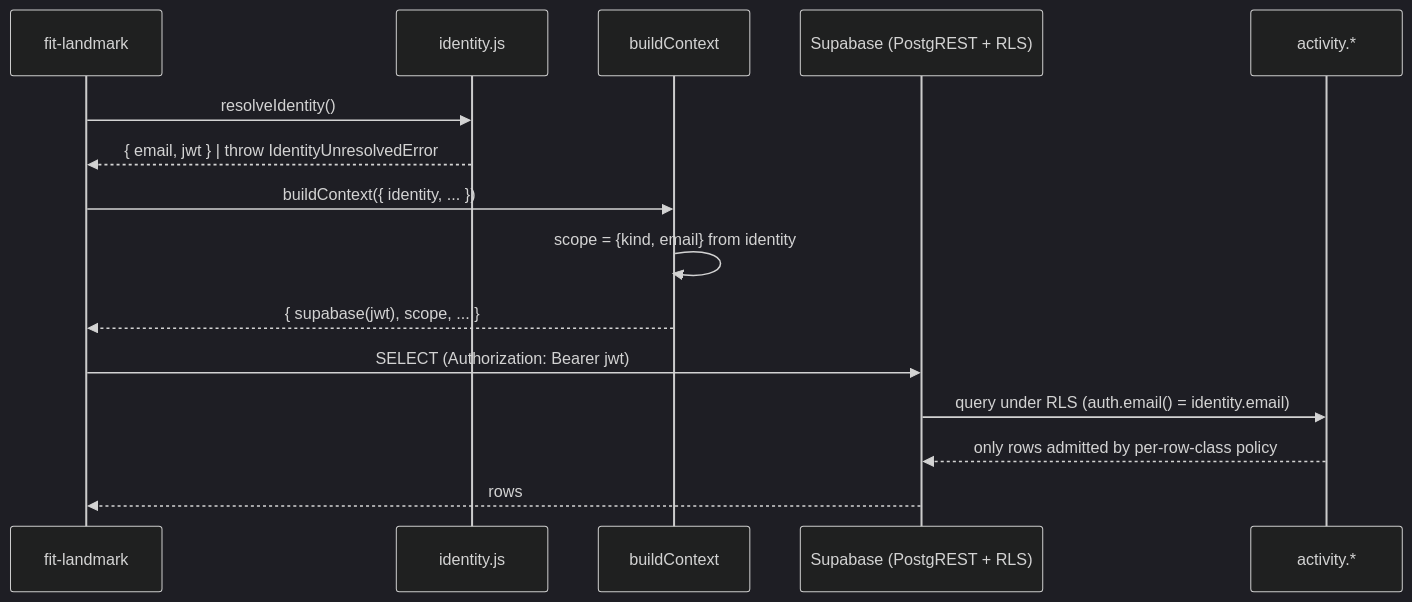
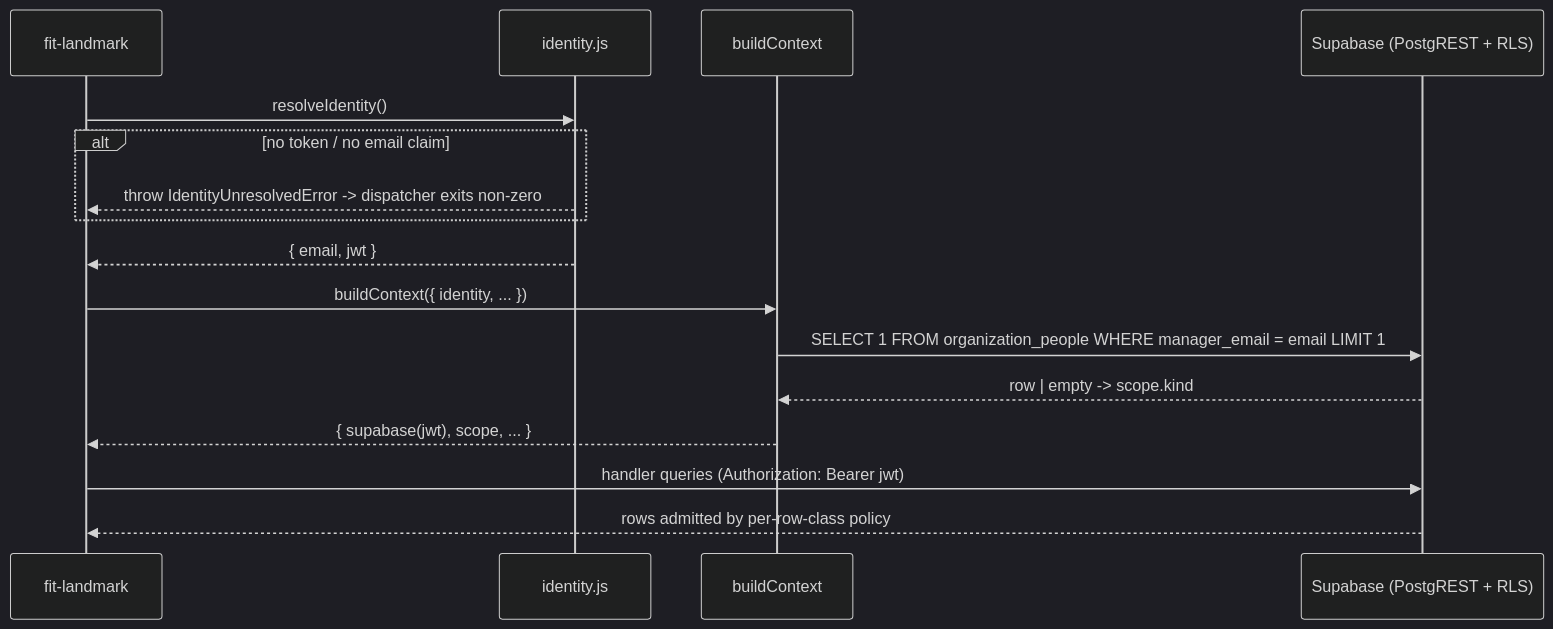
The diagram in specs/840-landmark-privacy-substrate/design-a.md (forwardimpact/monorepo), drawn with Mermaid (dark theme) before and after one commit. The commit also changed other lines of this file, not shown here.

````diff
--- a/specs/840-landmark-privacy-substrate/design-a.md
+++ b/specs/840-landmark-privacy-substrate/design-a.md
@@ -18,18 +30,19 @@
 ```mermaid
 sequenceDiagram
   participant CLI as fit-landmark
   participant ID as identity.js
   participant CTX as buildContext
   participant SB as Supabase (PostgREST + RLS)
-  participant DB as activity.*
 
   CLI->>ID: resolveIdentity()
-  ID-->>CLI: { email, jwt } | throw IdentityUnresolvedError
+  alt no token / no email claim
+    ID-->>CLI: throw IdentityUnresolvedError -> dispatcher exits non-zero
+  end
+  ID-->>CLI: { email, jwt }
   CLI->>CTX: buildContext({ identity, ... })
-  CTX->>CTX: scope = {kind, email} from identity
+  CTX->>SB: SELECT 1 FROM organization_people WHERE manager_email = email LIMIT 1
+  SB-->>CTX: row | empty -> scope.kind
   CTX-->>CLI: { supabase(jwt), scope, ... }
-  CLI->>SB: SELECT (Authorization: Bearer jwt)
-  SB->>DB: query under RLS (auth.email() = identity.email)
-  DB-->>SB: only rows admitted by per-row-class policy
-  SB-->>CLI: rows
+  CLI->>SB: handler queries (Authorization: Bearer jwt)
+  SB-->>CLI: rows admitted by per-row-class policy
 ```
````
